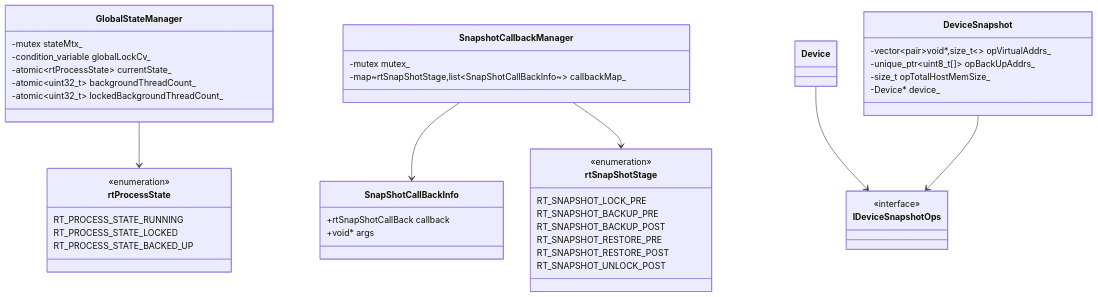
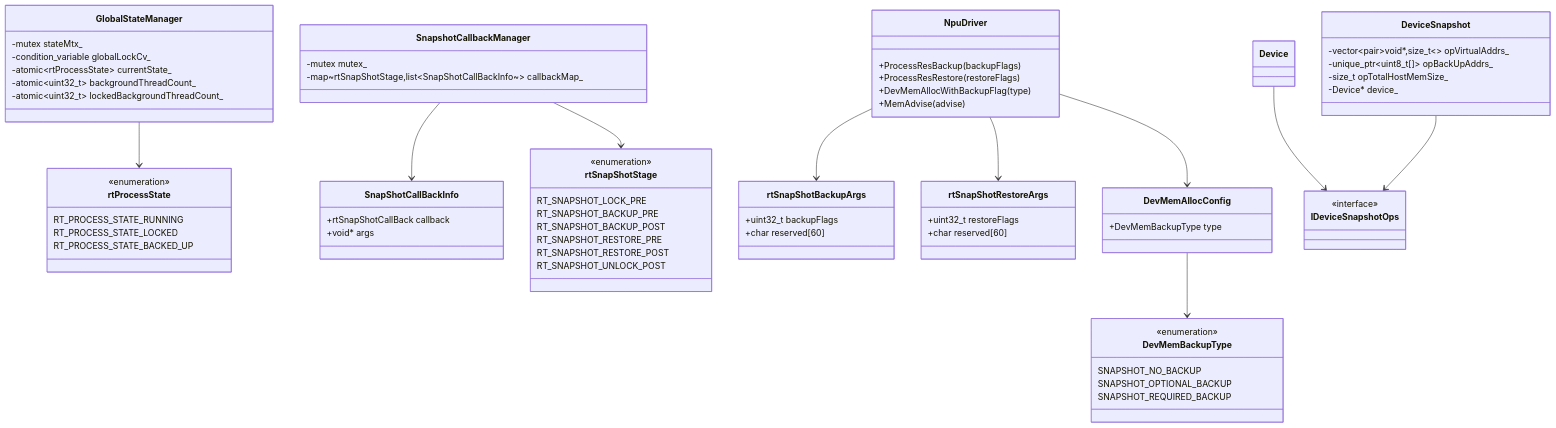
Before and after one commit to hicann/runtime: the ninth of 10 diagrams in docs/zh/design/features/snapshot.md, drawn with Mermaid. The commit also changed other lines of this file and 101 other files, not shown here.

````diff
--- a/docs/zh/design/features/snapshot.md
+++ b/docs/zh/design/features/snapshot.md
@@ -383,47 +505,74 @@
 ```mermaid
 classDiagram
 class rtProcessState {
 <<enumeration>>
 RT_PROCESS_STATE_RUNNING
 RT_PROCESS_STATE_LOCKED
 RT_PROCESS_STATE_BACKED_UP
 }
 class rtSnapShotStage {
 <<enumeration>>
 RT_SNAPSHOT_LOCK_PRE
 RT_SNAPSHOT_BACKUP_PRE
 RT_SNAPSHOT_BACKUP_POST
 RT_SNAPSHOT_RESTORE_PRE
 RT_SNAPSHOT_RESTORE_POST
 RT_SNAPSHOT_UNLOCK_POST
+}
+class rtSnapShotBackupArgs {
++uint32_t backupFlags
++char reserved[60]
+}
+class rtSnapShotRestoreArgs {
++uint32_t restoreFlags
++char reserved[60]
+}
+class DevMemBackupType {
+<<enumeration>>
+SNAPSHOT_NO_BACKUP
+SNAPSHOT_OPTIONAL_BACKUP
+SNAPSHOT_REQUIRED_BACKUP
+}
+class DevMemAllocConfig {
++DevMemBackupType type
 }
 class SnapShotCallBackInfo {
 +rtSnapShotCallBack callback
 +void* args
 }
 class GlobalStateManager {
 -mutex stateMtx_
 -condition_variable globalLockCv_
 -atomic~rtProcessState~ currentState_
 -atomic~uint32_t~ backgroundThreadCount_
 -atomic~uint32_t~ lockedBackgroundThreadCount_
 }
 class SnapshotCallbackManager {
 -mutex mutex_
 -map~rtSnapShotStage,list~SnapShotCallBackInfo~~ callbackMap_
 }
 class IDeviceSnapshotOps {
 <<interface>>
 }
 class DeviceSnapshot {
 -vector~pair~void*,size_t~~ opVirtualAddrs_
 -unique_ptr~uint8_t[]~ opBackUpAddrs_
 -size_t opTotalHostMemSize_
 -Device* device_
 }
+class NpuDriver {
++ProcessResBackup(backupFlags)
++ProcessResRestore(restoreFlags)
++DevMemAllocWithBackupFlag(type)
++MemAdvise(advise)
+}
 GlobalStateManager --> rtProcessState
 SnapshotCallbackManager --> SnapShotCallBackInfo
 SnapshotCallbackManager --> rtSnapShotStage
 Device --> IDeviceSnapshotOps
 DeviceSnapshot --> IDeviceSnapshotOps
+NpuDriver --> rtSnapShotBackupArgs
+NpuDriver --> rtSnapShotRestoreArgs
+NpuDriver --> DevMemAllocConfig
+DevMemAllocConfig --> DevMemBackupType
 ```
````
